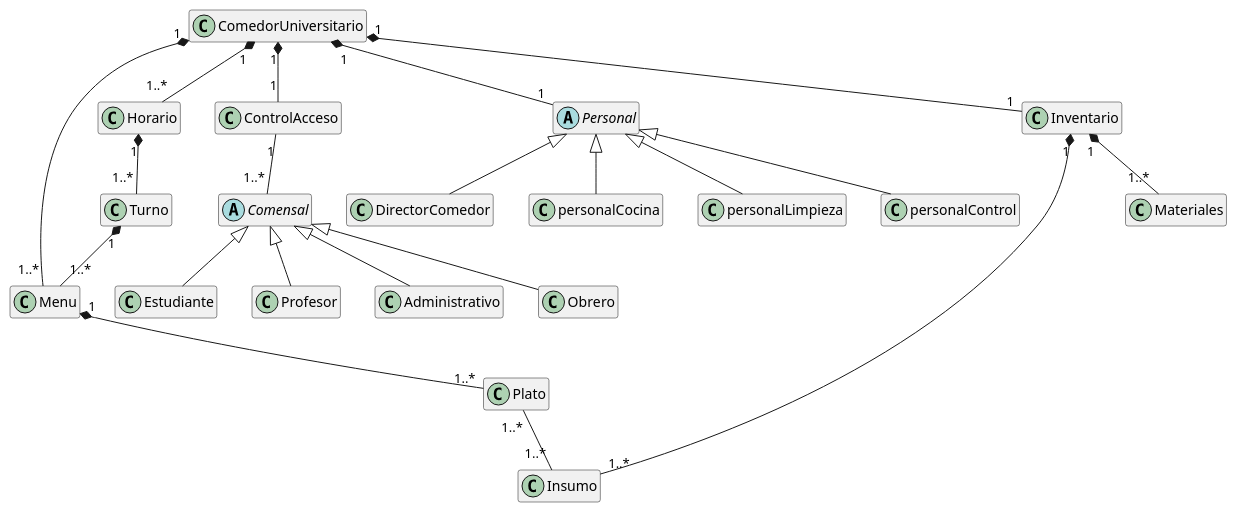
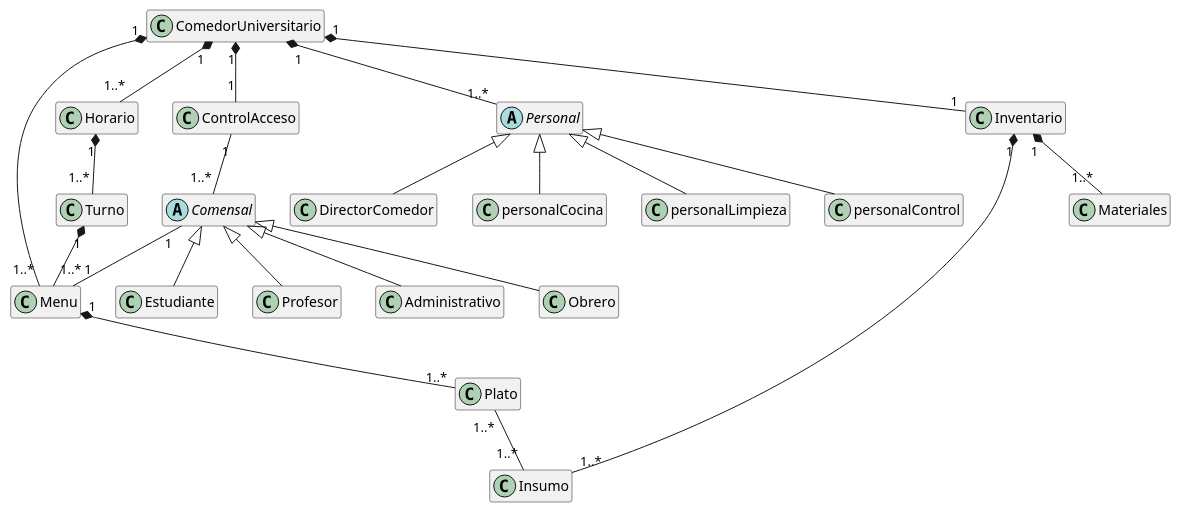
Before and after one commit to luisangelaraujo/IS-PROJECT: the diagram in docs/ModeloDeNegocios/D-clasesDelDominio.puml, drawn with PlantUML. The commit also changed 2 other files, not shown here.

Commit message:
Se actualizó el diagrama de clases del dominio para incluir la relación entre ComedorUniversitario y Personal, y se agregó el diagrama de estados para el administrativo y se cambio el nombre del de usuario para diferenciar.

```diff
--- a/docs/ModeloDeNegocios/D-clasesDelDominio.puml
+++ b/docs/ModeloDeNegocios/D-clasesDelDominio.puml
@@ -1,50 +1,51 @@
 @startuml ClasesDelDominio
 
 hide empty members
 skinparam classAttributeIconSize 0
 skinparam classOperationIconSize 0
 
 ' clases
 class ComedorUniversitario {}
 class Menu {}
 class Plato {}
 class Horario {}
 class Turno {}
 class ControlAcceso {}
 abstract class Comensal {}
 class Estudiante {}
 class Profesor {}
 class Administrativo {}
 class Obrero {}
 abstract class Personal {}
 class Inventario {}
 class Insumo {}
 class Materiales{}
 class DirectorComedor{}
 class personalCocina{}
 class personalLimpieza{}
 class personalControl{}
 
 ' Relaciones
 ComedorUniversitario "1" *-- "1" ControlAcceso
 ComedorUniversitario "1" *-- "1..*" Horario
 ComedorUniversitario "1" *-- "1..*" Menu
 ComedorUniversitario "1" *-- "1" Inventario
-ComedorUniversitario "1" *-- "1" Personal
+ComedorUniversitario "1" *-- "1..*" Personal
+Comensal "1" -- "1" Menu
 Inventario "1" *-- "1..*" Insumo
 Inventario "1" *-- "1..*" Materiales
 Horario "1" *-- "1..*" Turno
 Turno "1" *-- "1..*" Menu
 Menu "1" *-- "1..*" Plato
 Plato "1..*" -- "1..*" Insumo
 ControlAcceso "1" -- "1..*" Comensal
 Comensal <|-- Estudiante
 Comensal <|-- Profesor
 Comensal <|-- Administrativo
 Comensal <|-- Obrero
 Personal <|-- DirectorComedor
 Personal <|-- personalCocina
 Personal <|-- personalLimpieza
 Personal <|-- personalControl
 
 @enduml
```
